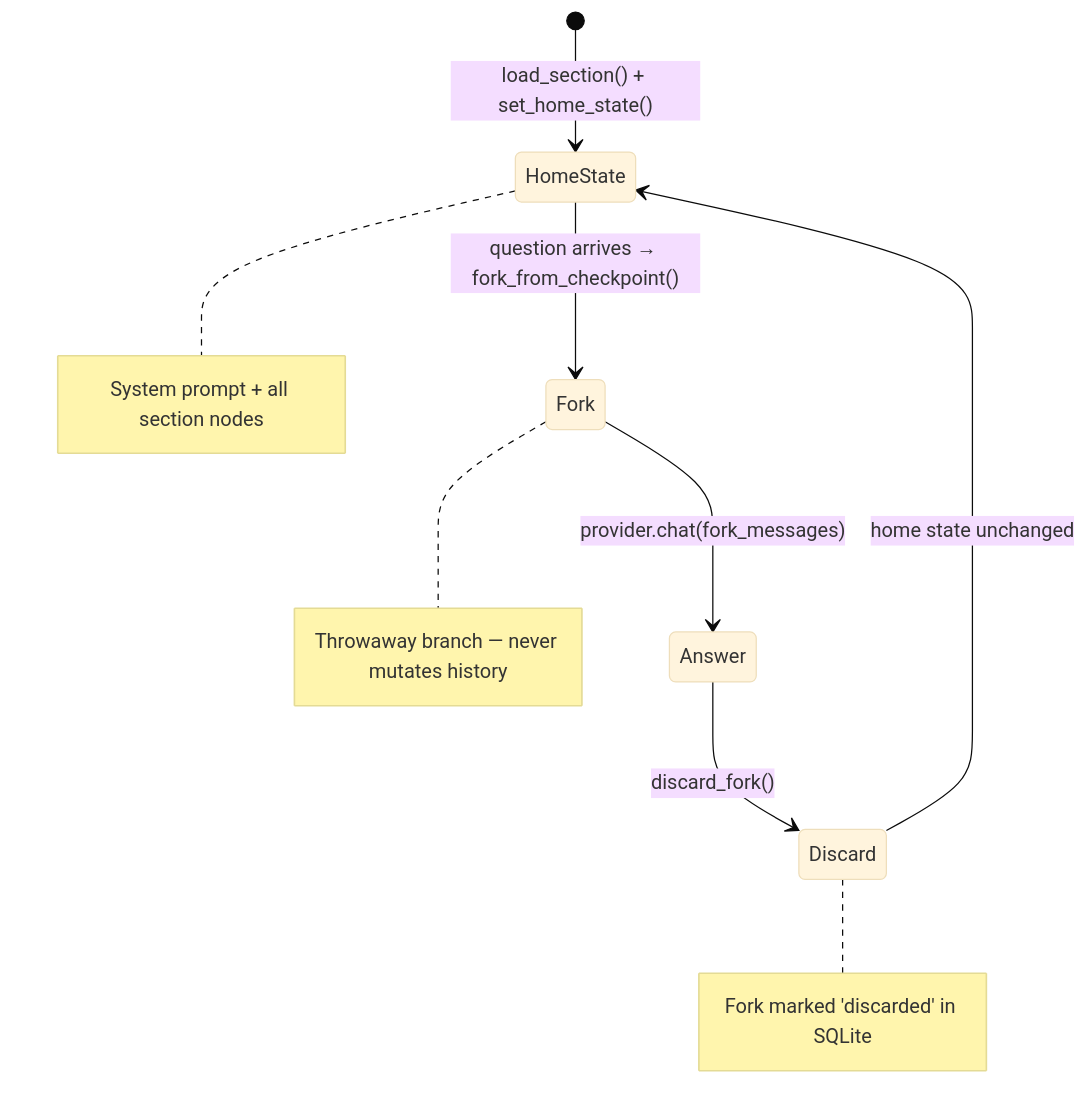
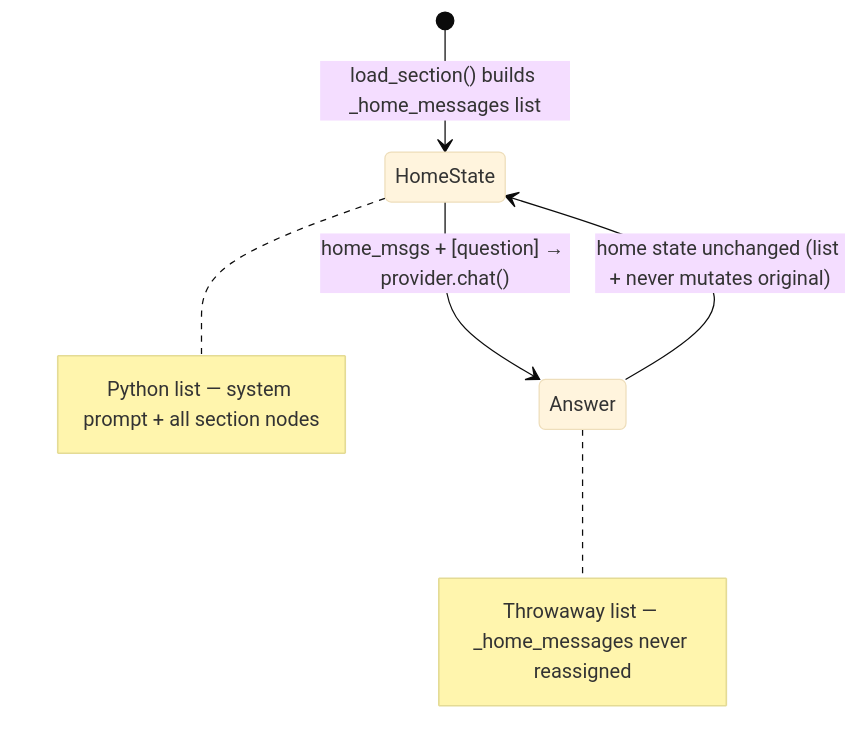
One commit to TheRealOP/Agent-Knowledge-Management-System changed the ninth of 15 diagrams in how-this-works.md. Above: the diagram before and after it, drawn with Mermaid (base theme). The commit also changed other lines of this file and 19 other files, not shown here.

````diff
--- a/how-this-works.md
+++ b/how-this-works.md
@@ -400,12 +386,9 @@
 ```mermaid
 stateDiagram-v2
-    [*] --> HomeState: load_section() + set_home_state()
-    HomeState --> Fork: question arrives → fork_from_checkpoint()
-    Fork --> Answer: provider.chat(fork_messages)
-    Answer --> Discard: discard_fork()
-    Discard --> HomeState: home state unchanged
+    [*] --> HomeState: load_section() builds _home_messages list
+    HomeState --> Answer: home_msgs + [question] → provider.chat()
+    Answer --> HomeState: home state unchanged (list + never mutates original)
 
-    note right of HomeState: System prompt + all section nodes
-    note right of Fork: Throwaway branch — never mutates history
-    note right of Discard: Fork marked 'discarded' in SQLite
+    note right of HomeState: Python list — system prompt + all section nodes
+    note right of Answer: Throwaway list — _home_messages never reassigned
 ```
````
